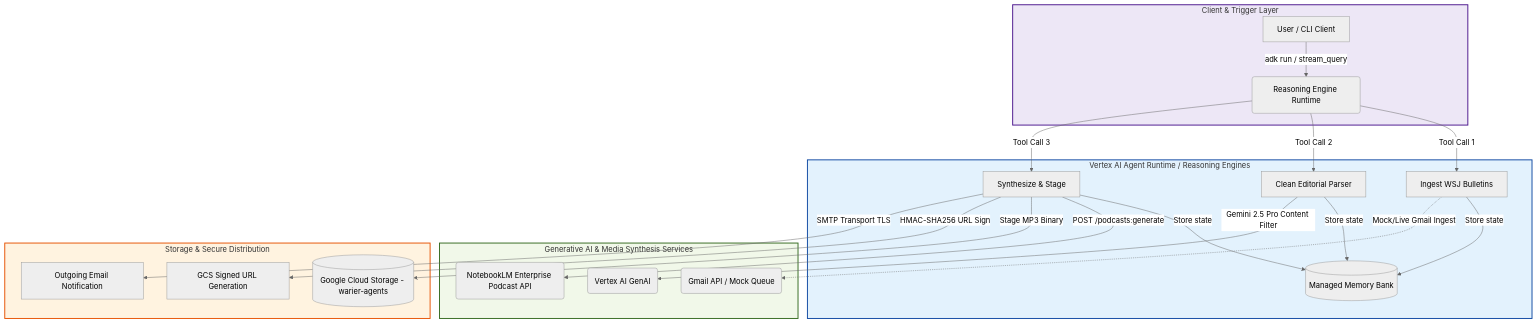
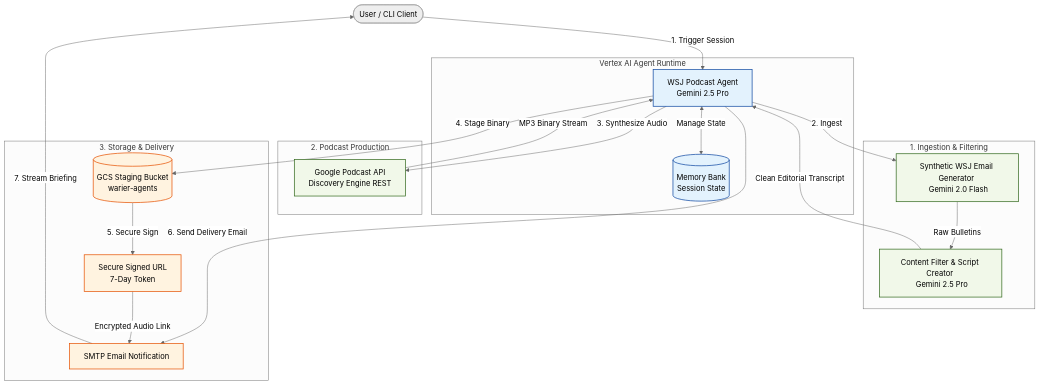
The diagram in README.md (anjaliwarier/wsj-podcast-demo), drawn with Mermaid (neutral theme) before and after one commit.

Commit message:
Style: Overhaul Mermaid diagram to flow vertically for pristine GitHub rendering

````diff
--- a/README.md
+++ b/README.md
@@ -13,35 +13,52 @@
 ```mermaid
-graph TD
-    %% Nodes
-    subgraph Client_Interface [Client & Trigger Layer]
-        A[User / CLI Client] -->|adk run / stream_query| B(Reasoning Engine Runtime)
+flowchart TB
+    %% Classes & Styles
+    classDef agent fill:#e3f2fd,stroke:#0d47a1,stroke-width:1.5px;
+    classDef service fill:#f1f8e9,stroke:#33691e,stroke-width:1.5px;
+    classDef storage fill:#fff3e0,stroke:#e65100,stroke-width:1.5px;
+
+    %% Node Definitions
+    User([User / CLI Client])
+    
+    subgraph Runtime [Vertex AI Agent Runtime]
+        Agent[WSJ Podcast Agent <br> Gemini 2.5 Pro]
+        Memory[(Memory Bank <br> Session State)]
     end
 
-    subgraph Enterprise_Agent [Vertex AI Agent Runtime / Reasoning Engines]
-        B -->|Tool Call 1| C[Ingest WSJ Bulletins]
-        B -->|Tool Call 2| D[Clean Editorial Parser]
-        B -->|Tool Call 3| E[Synthesize & Stage]
-        
-        C -->|Store state| F[(Managed Memory Bank)]
-        D -->|Store state| F
-        E -->|Store state| F
+    subgraph Ingestion [1. Ingestion & Filtering]
+        EmailService[Synthetic WSJ Email Generator <br> Gemini 2.0 Flash]
+        Extractor[Content Filter & Script Creator <br> Gemini 2.5 Pro]
     end
 
-    subgraph Synthesis_Engine [Generative AI & Media Synthesis Services]
-        C -.->|Mock/Live Gmail Ingest| G(Gmail API / Mock Queue)
-        D -->|Gemini 2.5 Pro Content Filter| H(Vertex AI GenAI)
-        E -->|POST /podcasts:generate| I(NotebookLM Enterprise Podcast API)
+    subgraph AudioGen [2. Podcast Production]
+        PodcastAPI[Google Podcast API <br> Discovery Engine REST]
     end
 
-    subgraph Storage_Distribution [Storage & Secure Distribution]
-        E -->|Stage MP3 Binary| J[(Google Cloud Storage - warier-agents)]
-        E -->|HMAC-SHA256 URL Sign| K[GCS Signed URL Generation]
-        E -->|SMTP Transport TLS| L[Outgoing Email Notification]
+    subgraph Distribution [3. Storage & Delivery]
+        GCS[(GCS Staging Bucket <br> warier-agents)]
+        SignedURL[Secure Signed URL <br> 7-Day Token]
+        SMTP[SMTP Email Notification]
     end
 
-    %% Styles & Classes
-    style Enterprise_Agent fill:#e3f2fd,stroke:#0d47a1,stroke-width:2px
-    style Synthesis_Engine fill:#f1f8e9,stroke:#33691e,stroke-width:2px
-    style Storage_Distribution fill:#fff3e0,stroke:#e65100,stroke-width:2px
-    style Client_Interface fill:#ede7f6,stroke:#4a148c,stroke-width:2px
+    %% Relationships & Flow
+    User -->|1. Trigger Session| Agent
+    Agent <-->|Manage State| Memory
+    
+    Agent -->|2. Ingest| EmailService
+    EmailService -->|Raw Bulletins| Extractor
+    Extractor -->|Clean Editorial Transcript| Agent
+    
+    Agent -->|3. Synthesize Audio| PodcastAPI
+    PodcastAPI -->|MP3 Binary Stream| Agent
+    
+    Agent -->|4. Stage Binary| GCS
+    GCS -->|5. Secure Sign| SignedURL
+    Agent -->|6. Send Delivery Email| SMTP
+    SignedURL -->|Encrypted Audio Link| SMTP
+    SMTP -->|7. Stream Briefing| User
+
+    %% Apply Styling Classes
+    class Agent,Memory agent;
+    class EmailService,Extractor,PodcastAPI service;
+    class GCS,SignedURL,SMTP storage;
 ```
````
